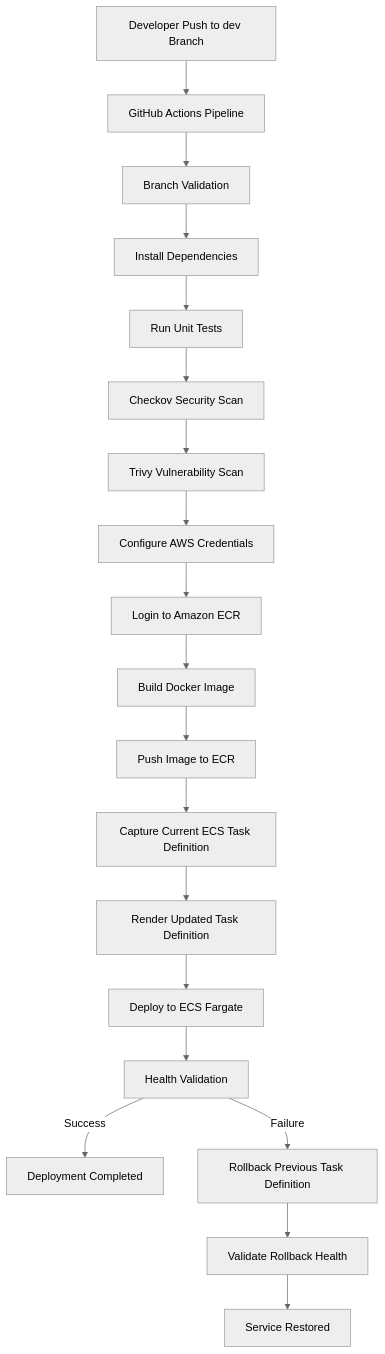
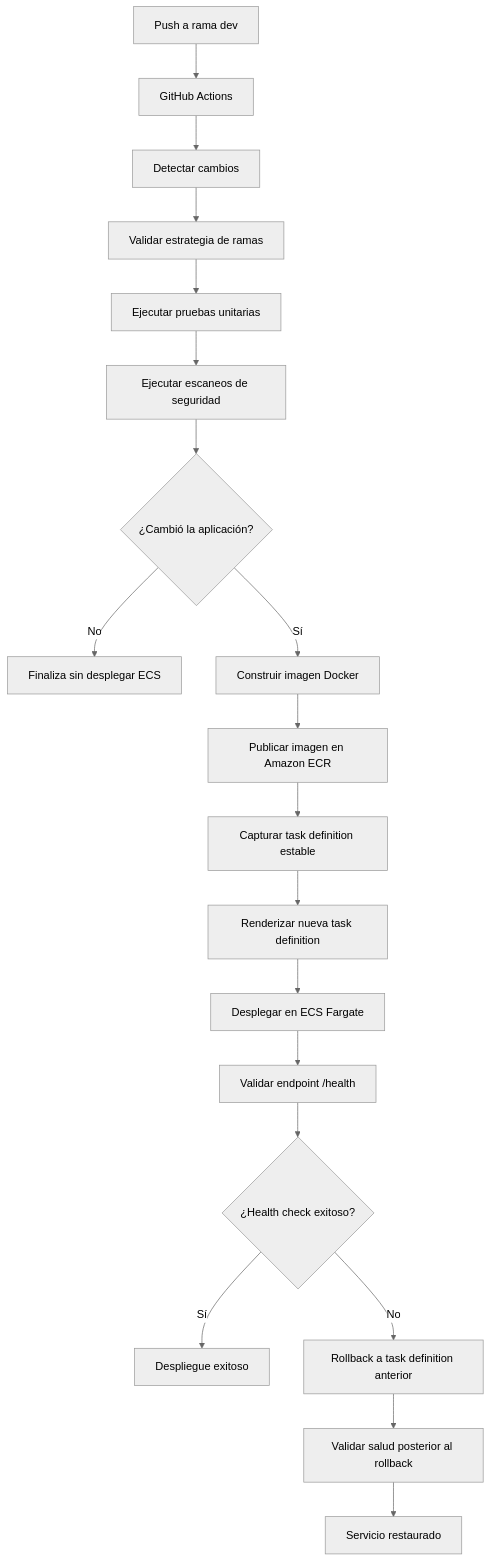
The diagram in README.md (CamilaMillan/devsecops-demo), drawn with Mermaid (neutral theme) before and after one commit. The commit also changed other lines of this file and 3 other files, not shown here.

````diff
--- a/README.md
+++ b/README.md
@@ -233,28 +196,21 @@
 ```mermaid
 flowchart TD
-
-A[Developer Push to dev Branch] --> B[GitHub Actions Pipeline]
-
-B --> C[Branch Validation]
-C --> D[Install Dependencies]
-D --> E[Run Unit Tests]
-E --> F[Checkov Security Scan]
-F --> G[Trivy Vulnerability Scan]
-
-G --> H[Configure AWS Credentials]
-H --> I[Login to Amazon ECR]
-I --> J[Build Docker Image]
-J --> K[Push Image to ECR]
-
-K --> L[Capture Current ECS Task Definition]
-L --> M[Render Updated Task Definition]
-M --> N[Deploy to ECS Fargate]
-
-N --> O[Health Validation]
-
-O -->|Success| P[Deployment Completed]
-
-O -->|Failure| Q[Rollback Previous Task Definition]
-Q --> R[Validate Rollback Health]
-R --> S[Service Restored]
+    A[Push a rama dev] --> B[GitHub Actions]
+    B --> C[Detectar cambios]
+    C --> D[Validar estrategia de ramas]
+    D --> E[Ejecutar pruebas unitarias]
+    E --> F[Ejecutar escaneos de seguridad]
+    F --> G{¿Cambió la aplicación?}
+    G -- No --> H[Finaliza sin desplegar ECS]
+    G -- Sí --> I[Construir imagen Docker]
+    I --> J[Publicar imagen en Amazon ECR]
+    J --> K[Capturar task definition estable]
+    K --> L[Renderizar nueva task definition]
+    L --> M[Desplegar en ECS Fargate]
+    M --> N[Validar endpoint /health]
+    N --> O{¿Health check exitoso?}
+    O -- Sí --> P[Despliegue exitoso]
+    O -- No --> Q[Rollback a task definition anterior]
+    Q --> R[Validar salud posterior al rollback]
+    R --> S[Servicio restaurado]
 ```
````
